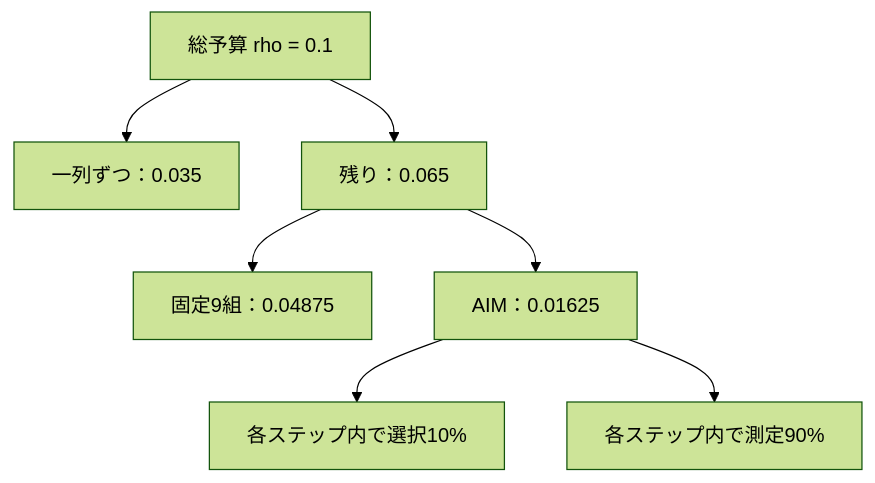
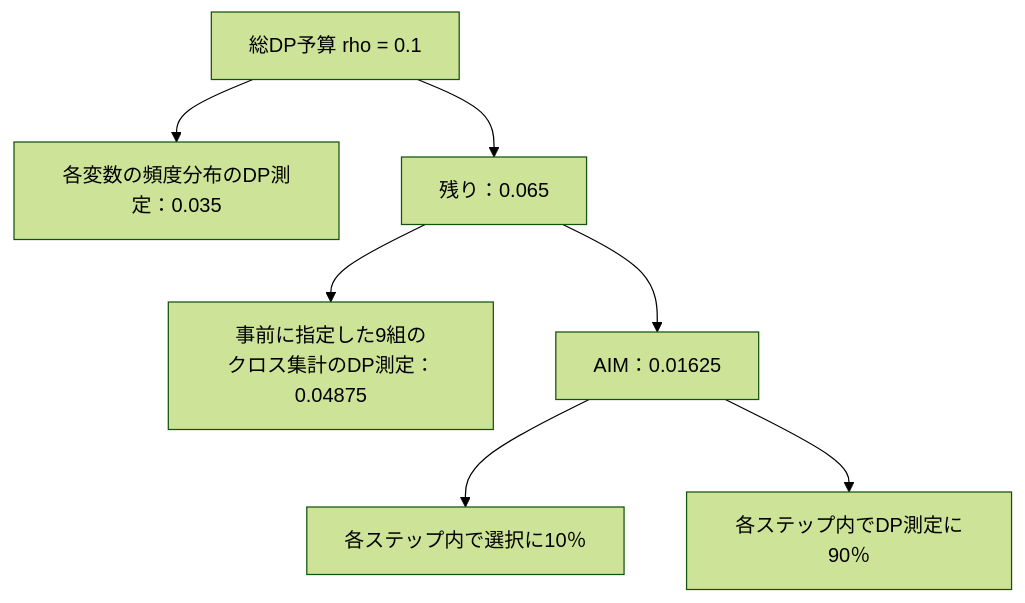
The second of 2 diagrams in prelim/method_explanation/SUPPLEMENT_AIM.md (tsugiyama0216/pwscup2026-kit-outsider-final), drawn with Mermaid (forest theme) before and after one commit. The commit also changed other lines of this file and 6 other files, not shown here.

````diff
--- a/prelim/method_explanation/SUPPLEMENT_AIM.md
+++ b/prelim/method_explanation/SUPPLEMENT_AIM.md
@@ -123,9 +173,9 @@
 ```mermaid
 flowchart TB
-  R[総予算 rho = 0.1] --> O[一列ずつ：0.035]
+  R[総DP予算 rho = 0.1] --> O[各変数の頻度分布のDP測定：0.035]
   R --> M[残り：0.065]
-  M --> F[固定9組：0.04875]
+  M --> F["事前に指定した9組の<br/>クロス集計のDP測定：0.04875"]
   M --> A[AIM：0.01625]
-  A --> S[各ステップ内で選択10%]
-  A --> Q[各ステップ内で測定90%]
+  A --> S[各ステップ内で選択に10％]
+  A --> Q[各ステップ内でDP測定に90％]
 ```
````
